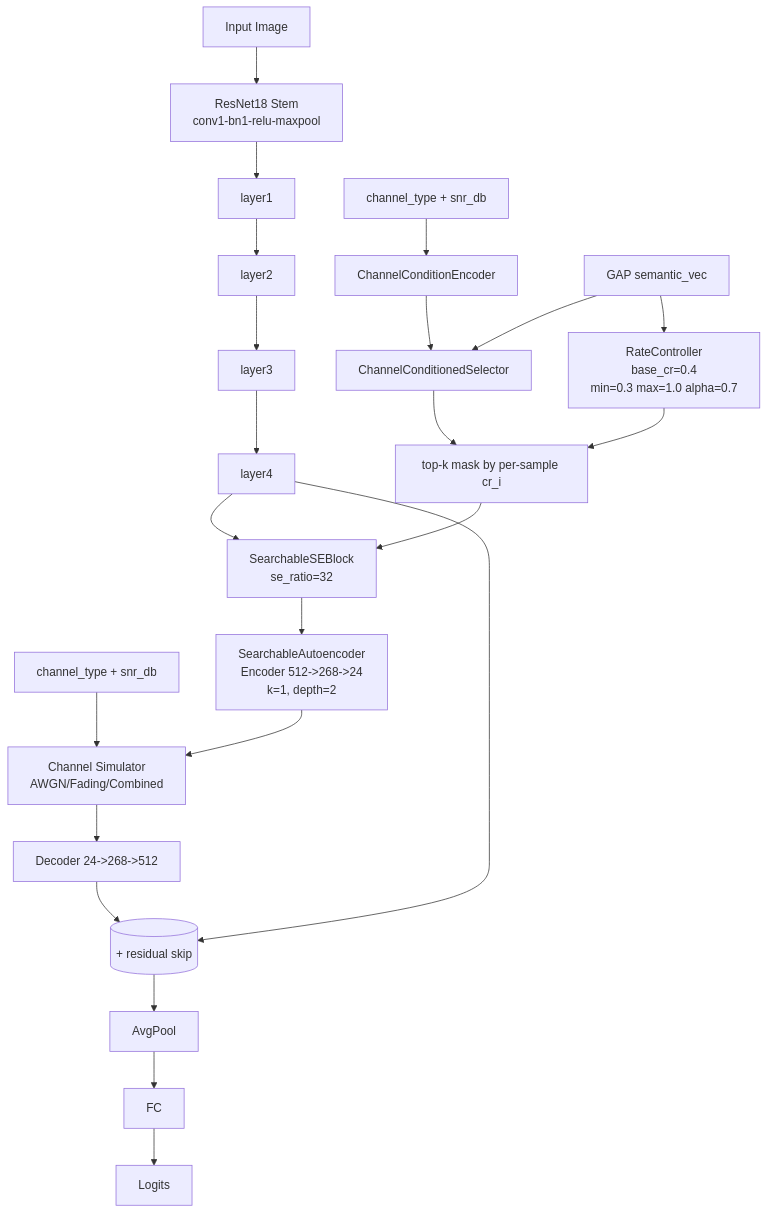
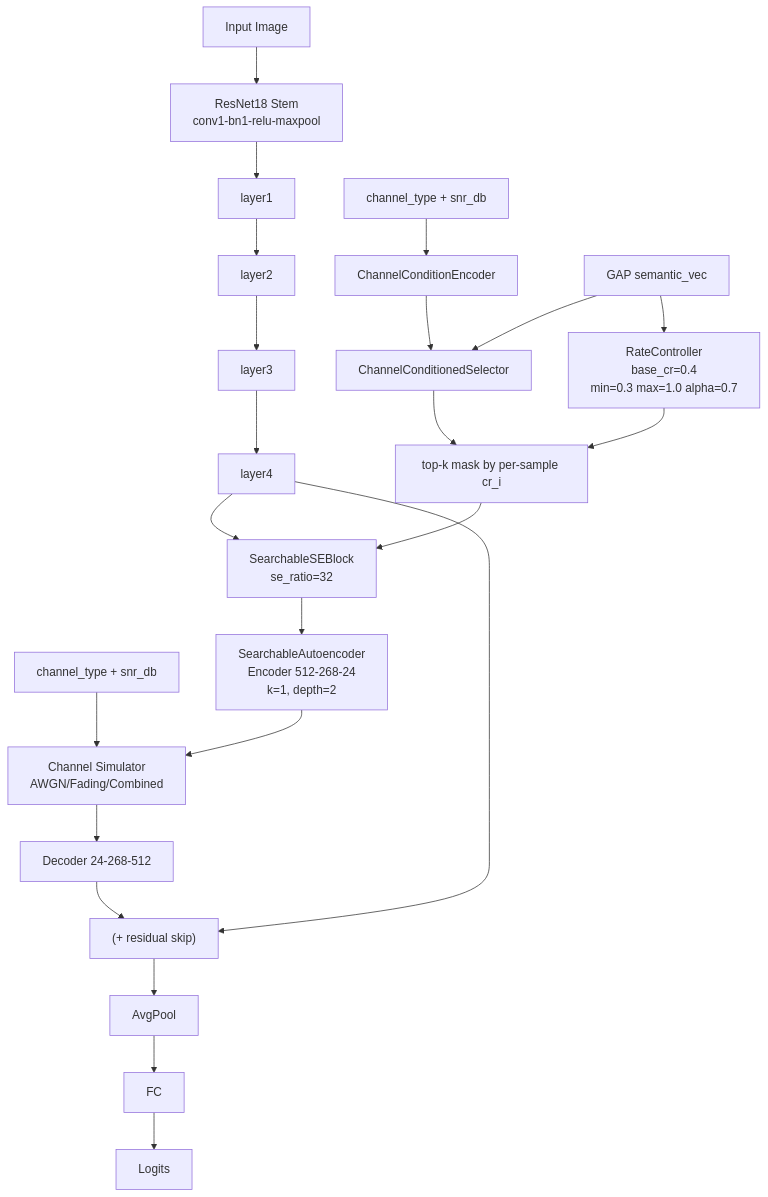
The second of 2 diagrams in nas第一版试跑/NAS最优架构_vs_原模型框架图.md (baixian-white/ASE-JSCC), drawn with Mermaid before and after one commit. The commit also changed other lines of this file, not shown here.

````diff
--- a/nas第一版试跑/NAS最优架构_vs_原模型框架图.md
+++ b/nas第一版试跑/NAS最优架构_vs_原模型框架图.md
@@ -38,28 +38,28 @@
 ```mermaid
 flowchart TD
     I2[Input Image] --> S2[ResNet18 Stem<br/>conv1-bn1-relu-maxpool]
     S2 --> A1[layer1]
     A1 --> A2[layer2]
     A2 --> A3[layer3]
     A3 --> A4[layer4]
 
-    A4 --> SE2[SearchableSEBlock<br/>se_ratio=32]
+    A4 --> SE2["SearchableSEBlock<br/>se_ratio=32"]
 
-    CV[GAP semantic_vec] --> RC[RateController<br/>base_cr=0.4<br/>min=0.3 max=1.0 alpha=0.7]
-    CC[channel_type + snr_db] --> EN[ChannelConditionEncoder]
-    EN --> SEL[ChannelConditionedSelector]
+    CV["GAP semantic_vec"] --> RC["RateController<br/>base_cr=0.4<br/>min=0.3 max=1.0 alpha=0.7"]
+    CC["channel_type + snr_db"] --> EN["ChannelConditionEncoder"]
+    EN --> SEL["ChannelConditionedSelector"]
     CV --> SEL
-    SEL --> MK[top-k mask by per-sample cr_i]
+    SEL --> MK["top-k mask by per-sample cr_i"]
     RC --> MK
     MK --> SE2
 
-    SE2 --> AEb1[SearchableAutoencoder<br/>Encoder 512->268->24<br/>k=1, depth=2]
-    C2[channel_type + snr_db] --> CH2[Channel Simulator<br/>AWGN/Fading/Combined]
-    AEb1 --> CH2 --> AEb2[Decoder 24->268->512]
-    AEb2 --> ADD[(+ residual skip)]
+    SE2 --> AEb1["SearchableAutoencoder<br/>Encoder 512-268-24<br/>k=1, depth=2"]
+    C2["channel_type + snr_db"] --> CH2["Channel Simulator<br/>AWGN/Fading/Combined"]
+    AEb1 --> CH2 --> AEb2["Decoder 24-268-512"]
+    AEb2 --> ADD["(+ residual skip)"]
     A4 --> ADD
 
-    ADD --> P2[AvgPool]
-    P2 --> F2[FC]
-    F2 --> O2[Logits]
+    ADD --> P2["AvgPool"]
+    P2 --> F2["FC"]
+    F2 --> O2["Logits"]
 ```
````
